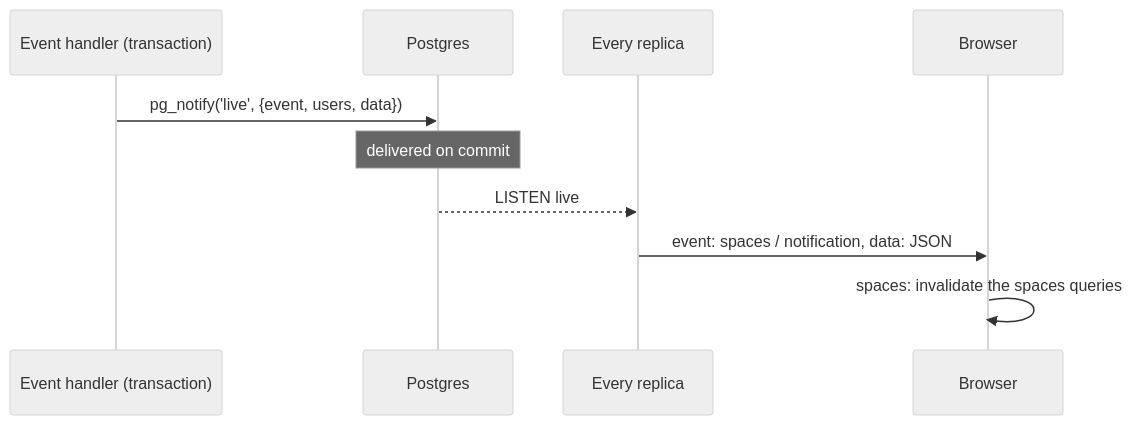
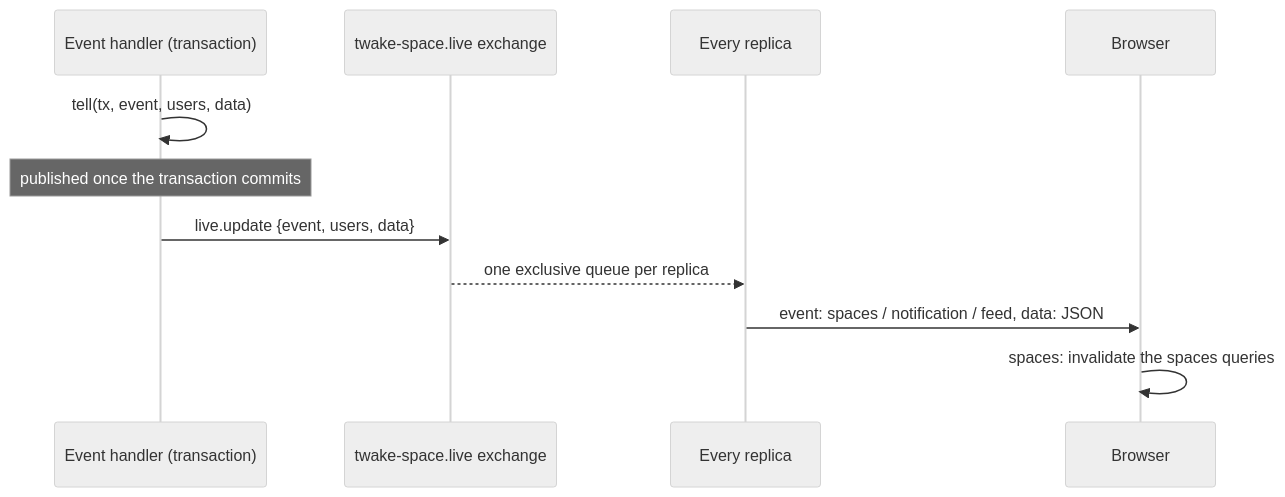
One commit to linagora/twake-space changed the fifth of 5 diagrams in docs/events.md. Above: the diagram before and after it, drawn with Mermaid (neutral theme). The commit also changed other lines of this file and 16 other files, not shown here.

First line of the commit message:
feat(backend): send live updates over RabbitMQ instead of Postgres NOTIFY

````diff
--- a/docs/events.md
+++ b/docs/events.md
@@ -297,12 +299,13 @@
 ```mermaid
 sequenceDiagram
   participant H as Event handler (transaction)
-  participant PG as Postgres
+  participant K as twake-space.live exchange
   participant R as Every replica
   participant FE as Browser
-  H->>PG: pg_notify('live', {event, users, data})
-  Note over PG: delivered on commit
-  PG-->>R: LISTEN live
-  R->>FE: event: spaces / notification, data: JSON
+  H->>H: tell(tx, event, users, data)
+  Note over H: published once the transaction commits
+  H->>K: live.update {event, users, data}
+  K-->>R: one exclusive queue per replica
+  R->>FE: event: spaces / notification / feed, data: JSON
   FE->>FE: spaces: invalidate the spaces queries
 ```
````
